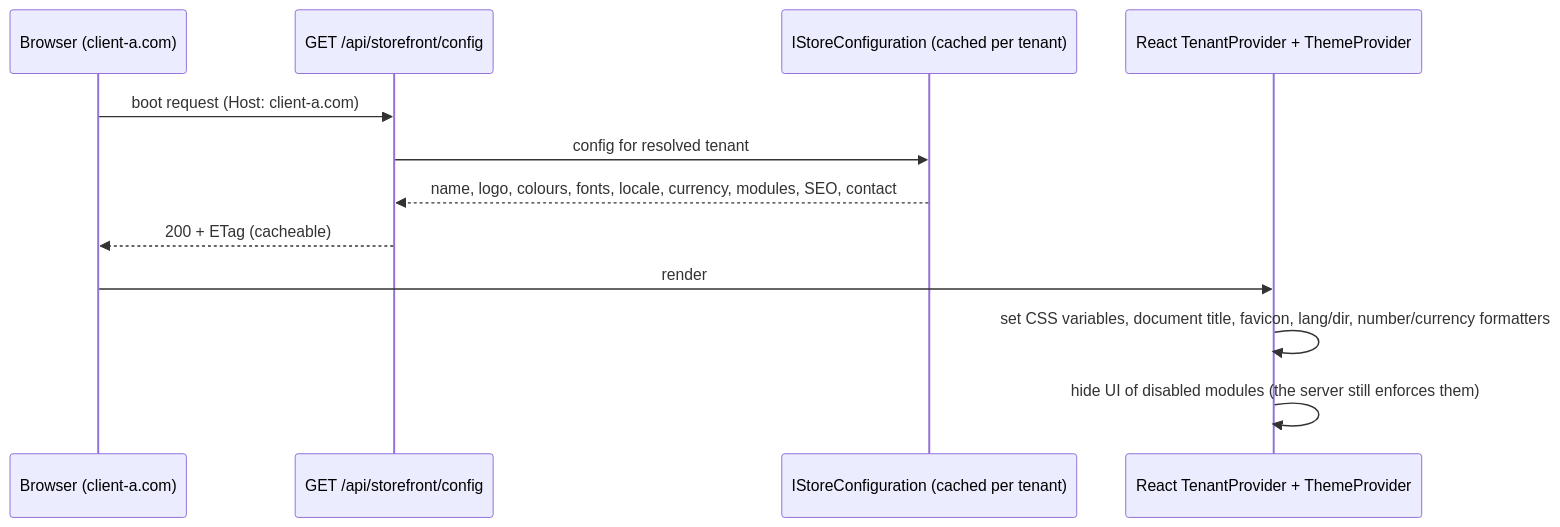
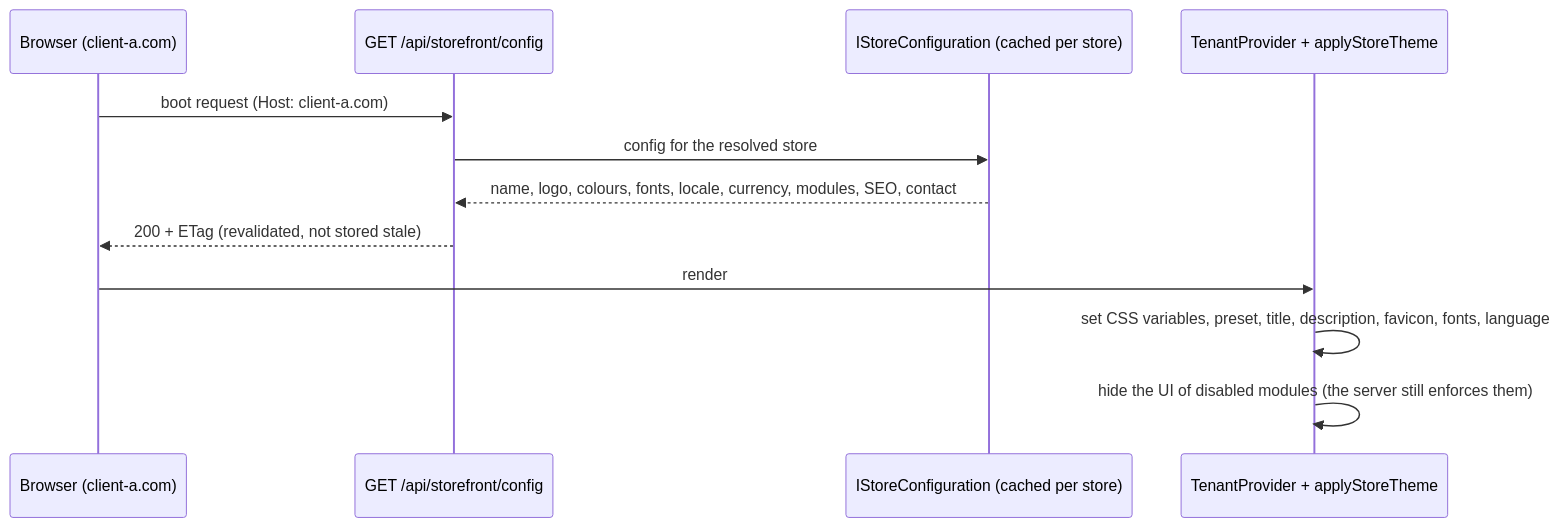
One commit to Aws03/Souq changed the diagram in docs/08-FRONTEND/WhiteLabel.md. Above: the diagram before and after it, drawn with Mermaid. The commit also changed other lines of this file and 10 other files, not shown here.

````diff
--- a/docs/08-FRONTEND/WhiteLabel.md
+++ b/docs/08-FRONTEND/WhiteLabel.md
@@ -49,14 +43,14 @@
 ```mermaid
 sequenceDiagram
     participant B as Browser (client-a.com)
     participant API as GET /api/storefront/config
-    participant CFG as IStoreConfiguration (cached per tenant)
-    participant SPA as React TenantProvider + ThemeProvider
+    participant CFG as IStoreConfiguration (cached per store)
+    participant SPA as TenantProvider + applyStoreTheme
     B->>API: boot request (Host: client-a.com)
-    API->>CFG: config for resolved tenant
+    API->>CFG: config for the resolved store
     CFG-->>API: name, logo, colours, fonts, locale, currency, modules, SEO, contact
-    API-->>B: 200 + ETag (cacheable)
+    API-->>B: 200 + ETag (revalidated, not stored stale)
     B->>SPA: render
-    SPA->>SPA: set CSS variables, document title, favicon, lang/dir, number/currency formatters
-    SPA->>SPA: hide UI of disabled modules (the server still enforces them)
+    SPA->>SPA: set CSS variables, preset, title, description, favicon, fonts, language
+    SPA->>SPA: hide the UI of disabled modules (the server still enforces them)
 ```
````
